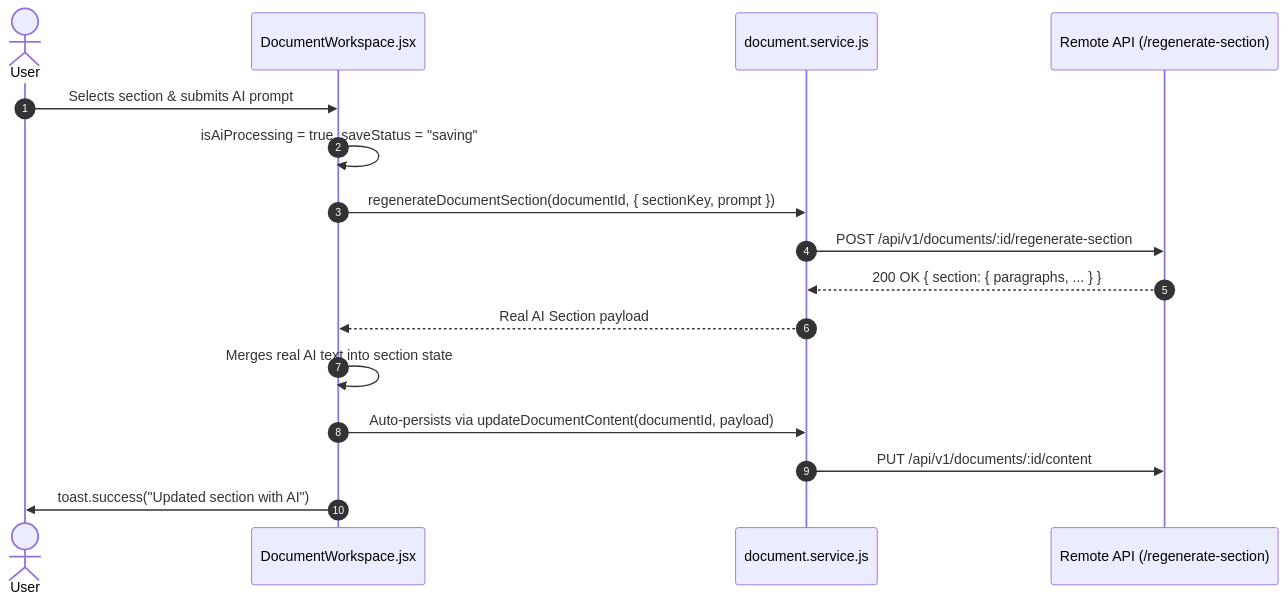
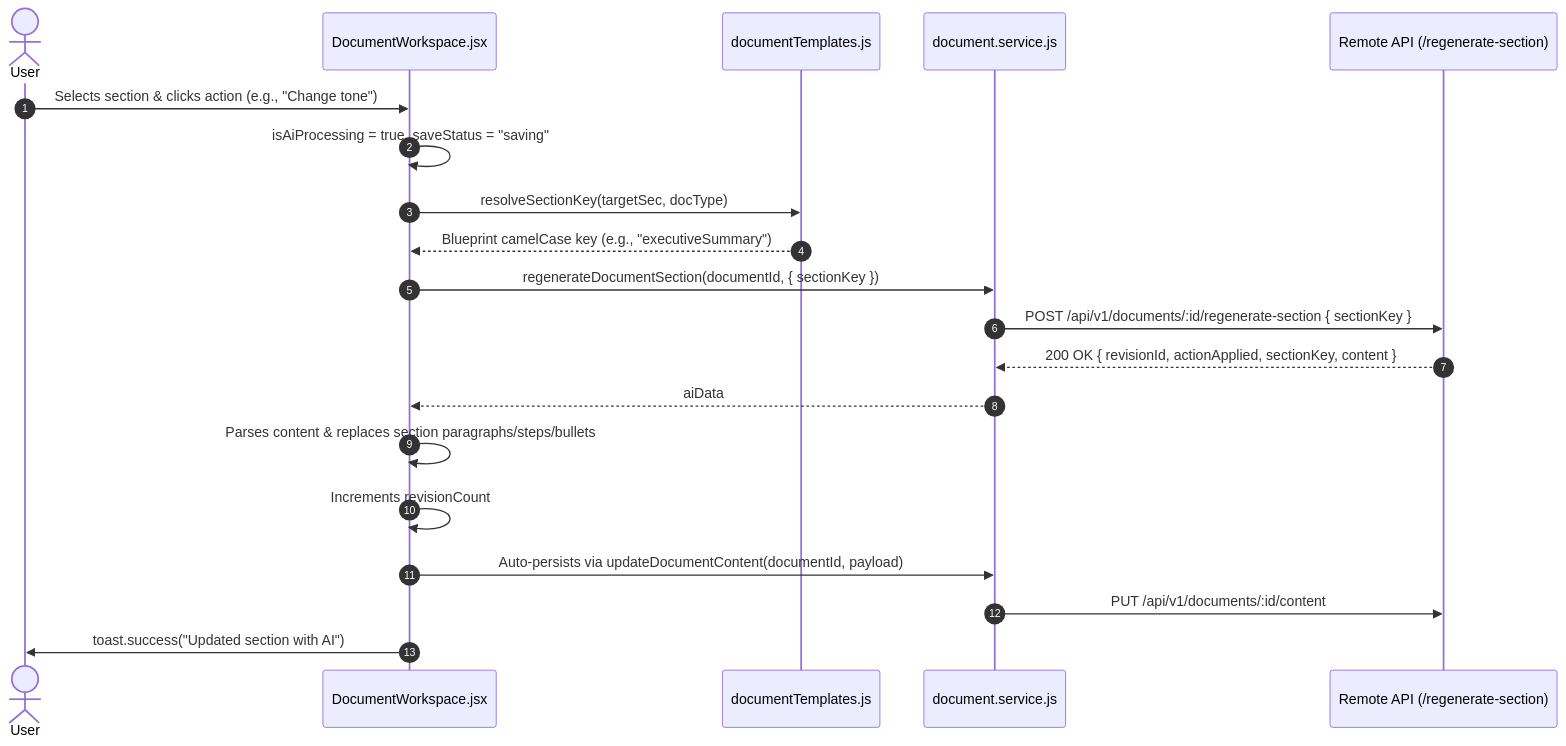
The sixth of 8 diagrams in ARCHITECTURE.md (Agbo-Emmanuel/some), drawn with Mermaid before and after one commit. The commit also changed other lines of this file and 5 other files, not shown here.

````diff
--- a/ARCHITECTURE.md
+++ b/ARCHITECTURE.md
@@ -635,19 +638,23 @@
 ```mermaid
 sequenceDiagram
     autonumber
     actor User
     participant Workspace as DocumentWorkspace.jsx
+    participant Config as documentTemplates.js
     participant DocSvc as document.service.js
     participant Backend as Remote API (/regenerate-section)
 
-    User->>Workspace: Selects section & submits AI prompt
+    User->>Workspace: Selects section & clicks action (e.g., "Change tone")
     Workspace->>Workspace: isAiProcessing = true, saveStatus = "saving"
-    Workspace->>DocSvc: regenerateDocumentSection(documentId, { sectionKey, prompt })
-    DocSvc->>Backend: POST /api/v1/documents/:id/regenerate-section
-    Backend-->>DocSvc: 200 OK { section: { paragraphs, ... } }
-    DocSvc-->>Workspace: Real AI Section payload
-    Workspace->>Workspace: Merges real AI text into section state
+    Workspace->>Config: resolveSectionKey(targetSec, docType)
+    Config-->>Workspace: Blueprint camelCase key (e.g., "executiveSummary")
+    Workspace->>DocSvc: regenerateDocumentSection(documentId, { sectionKey })
+    DocSvc->>Backend: POST /api/v1/documents/:id/regenerate-section { sectionKey }
+    Backend-->>DocSvc: 200 OK { revisionId, actionApplied, sectionKey, content }
+    DocSvc-->>Workspace: aiData
+    Workspace->>Workspace: Parses content & replaces section paragraphs/steps/bullets
+    Workspace->>Workspace: Increments revisionCount
     Workspace->>DocSvc: Auto-persists via updateDocumentContent(documentId, payload)
     DocSvc->>Backend: PUT /api/v1/documents/:id/content
     Workspace->>User: toast.success("Updated section with AI")
 ```
````
